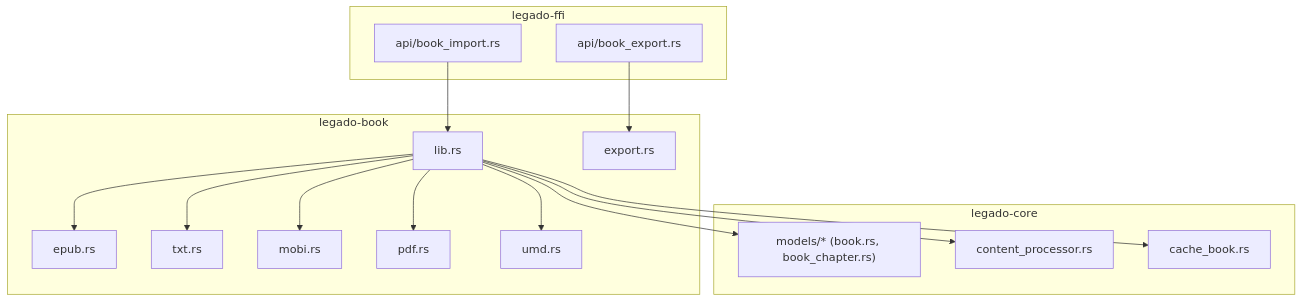
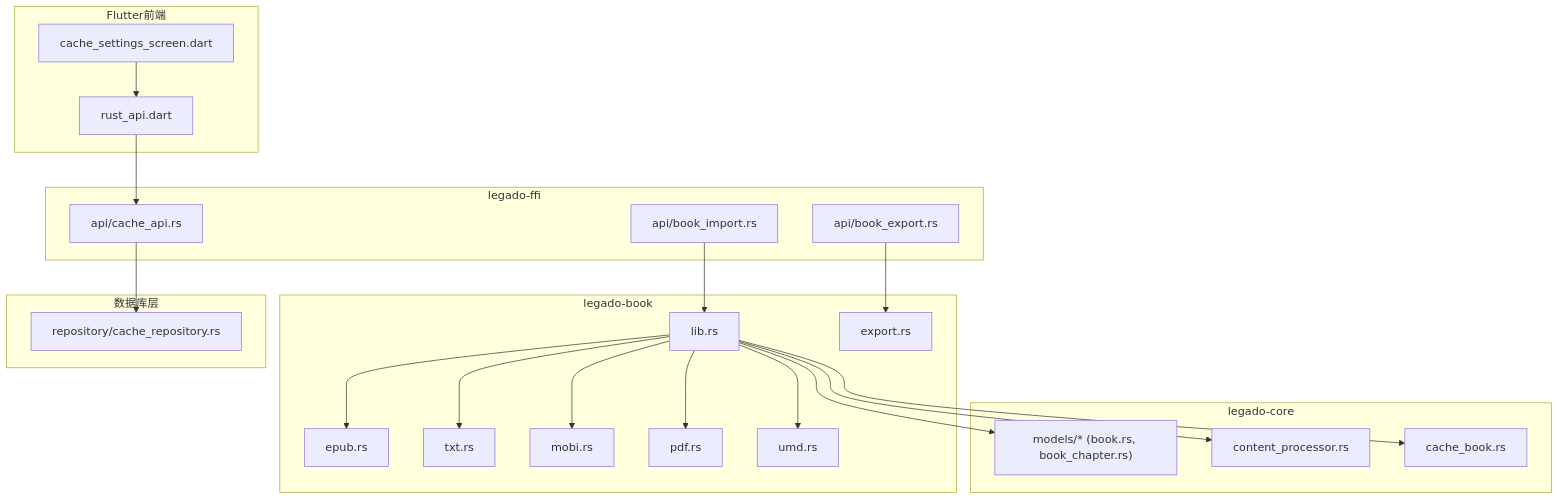
Before and after one commit to ZhangGHGitHub/LegadoTeamFlutter: the first of 10 diagrams in .qoder/repowiki/zh/content/书籍处理系统/书籍处理系统.md, drawn with Mermaid. The commit also changed other lines of this file and 66 other files, not shown here.

````diff
--- a/.qoder/repowiki/zh/content/书籍处理系统/书籍处理系统.md
+++ b/.qoder/repowiki/zh/content/书籍处理系统/书籍处理系统.md
@@ -42,31 +56,42 @@
 ```mermaid
 graph TB
 subgraph "legado-book"
 B_lib["lib.rs"]
 B_epub["epub.rs"]
 B_txt["txt.rs"]
 B_mobi["mobi.rs"]
 B_pdf["pdf.rs"]
 B_umd["umd.rs"]
 B_export["export.rs"]
 end
 subgraph "legado-core"
 C_models["models/* (book.rs, book_chapter.rs)"]
 C_proc["content_processor.rs"]
 C_cache["cache_book.rs"]
 end
 subgraph "legado-ffi"
 FFI_imp["api/book_import.rs"]
 FFI_exp["api/book_export.rs"]
+FFI_cache["api/cache_api.rs"]
+end
+subgraph "Flutter前端"
+FScreen["cache_settings_screen.dart"]
+FRustApi["rust_api.dart"]
+end
+subgraph "数据库层"
+RepoCache["repository/cache_repository.rs"]
 end
 FFI_imp --> B_lib
 FFI_exp --> B_export
+FFI_cache --> RepoCache
+FScreen --> FRustApi
+FRustApi --> FFI_cache
 B_lib --> B_epub
 B_lib --> B_txt
 B_lib --> B_mobi
 B_lib --> B_pdf
 B_lib --> B_umd
 B_lib --> C_models
 B_lib --> C_proc
 B_lib --> C_cache
 ```
````
